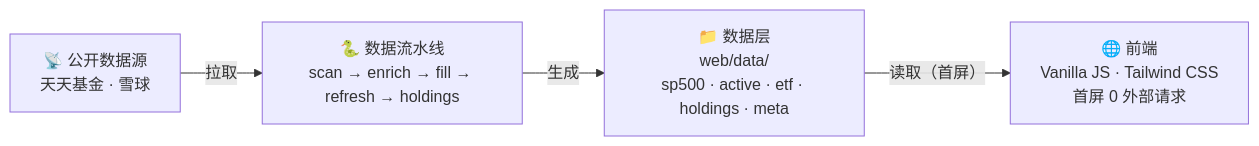
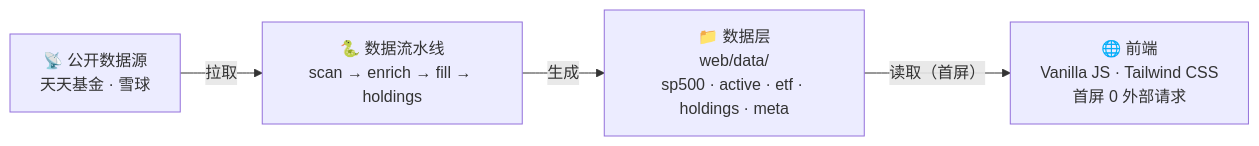
The diagram in README.md (zhouminghan/qdii-tracker), drawn with Mermaid before and after one commit. The commit also changed other lines of this file and 17 other files, not shown here.

First line of the commit message:
refactor: 架构优化 + 截图分享 + 申购历史 + 代码审查通过

````diff
--- a/README.md
+++ b/README.md
@@ -29,11 +33,11 @@
 ```mermaid
 graph LR
     A["📡 公开数据源<br/>天天基金 · 雪球"]
-    B["🐍 数据流水线<br/>scan → enrich → fill → refresh → holdings"]
+    B["🐍 数据流水线<br/>scan → enrich → fill → holdings"]
     C["📁 数据层<br/>web/data/<br/>sp500 · active · etf · holdings · meta"]
     D["🌐 前端<br/>Vanilla JS · Tailwind CSS<br/>首屏 0 外部请求"]
 
     A -->|拉取| B
     B -->|生成| C
     C -->|读取（首屏）| D
 ```
````
